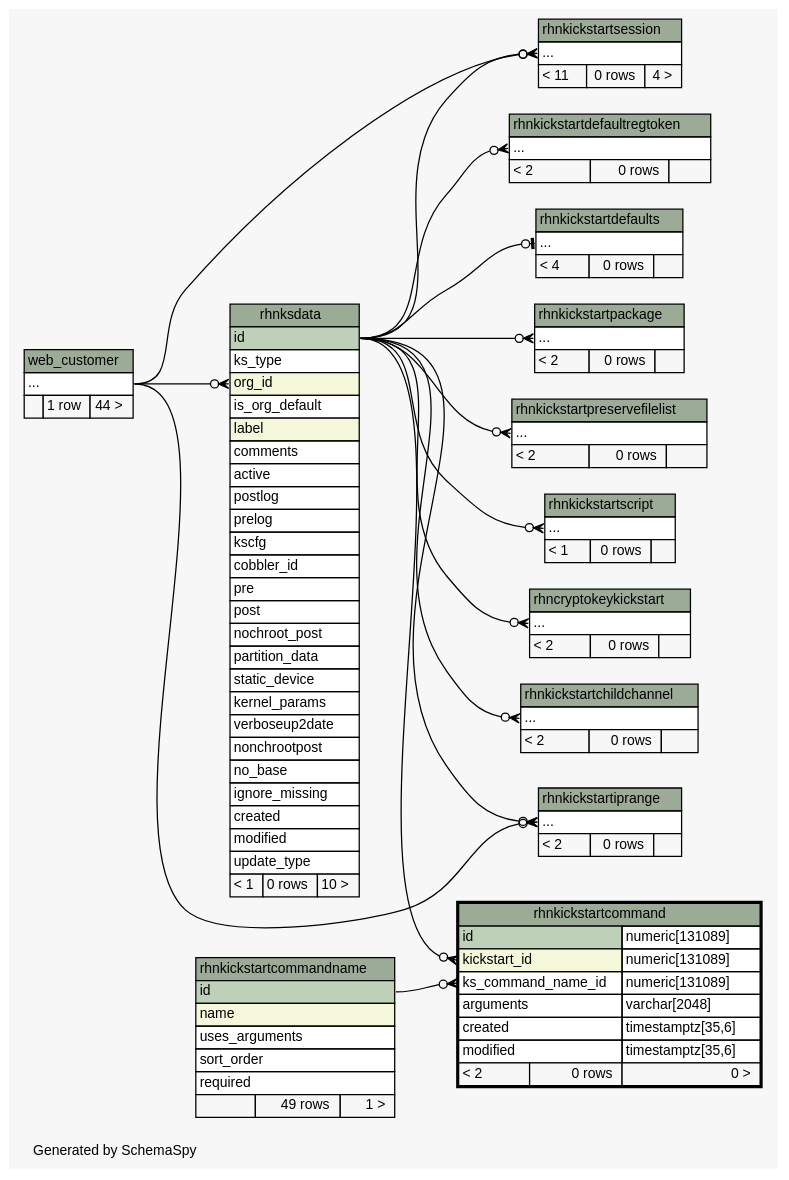
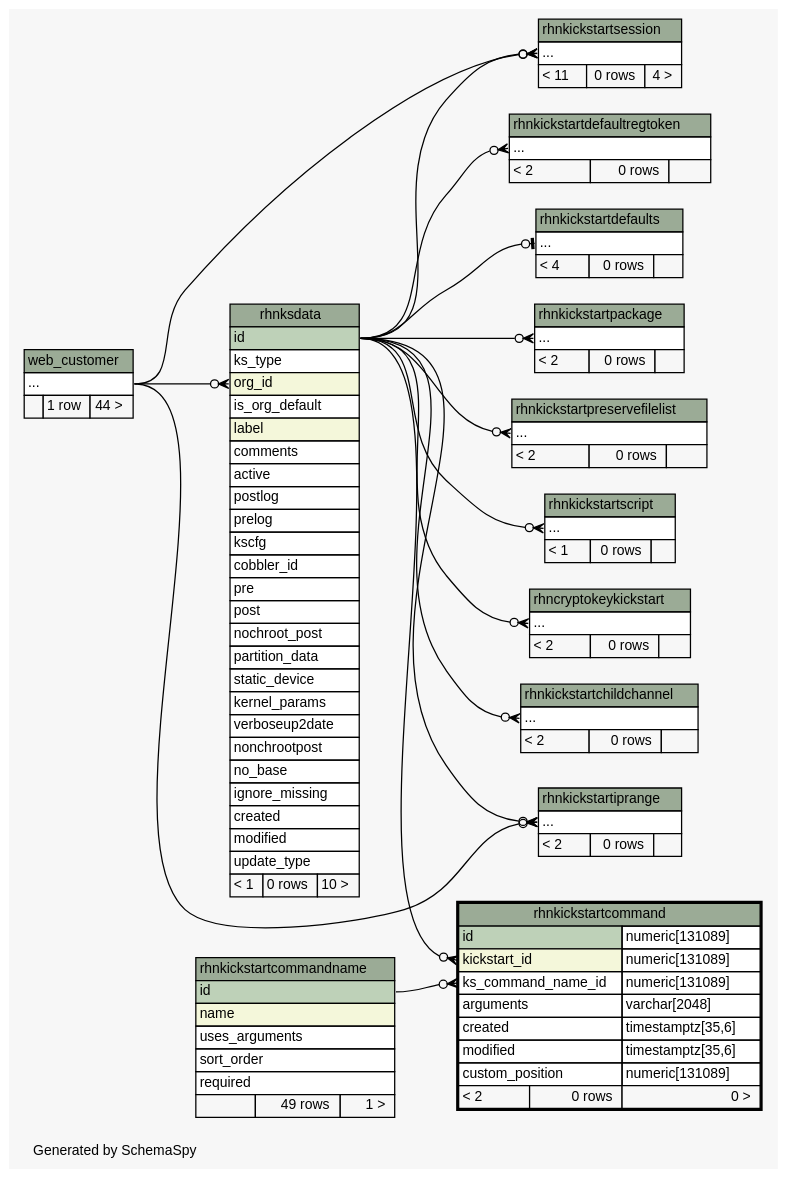
The diagram in documentation/schema-doc/diagrams/rhnkickstartcommand.2degrees.dot (spacewalkproject/spacewalkproject.github.io), drawn with Graphviz before and after one commit. The commit also changed 1495 other files, not shown here.

Commit message:
Updating Schema documentation for 2.7

```diff
--- a/documentation/schema-doc/diagrams/rhnkickstartcommand.2degrees.dot
+++ b/documentation/schema-doc/diagrams/rhnkickstartcommand.2degrees.dot
@@ -1,198 +1,199 @@
-// dot 2.26.0 on Linux 2.6.32-504.el6.x86_64
+// dot 2.26.0 on Linux 2.6.32-696.6.3.el6.x86_64
 // SchemaSpy rev 590
 digraph "twoDegreesRelationshipsDiagram" {
   graph [
     rankdir="RL"
     bgcolor="#f7f7f7"
     label="\nGenerated by SchemaSpy"
     labeljust="l"
     nodesep="0.18"
     ranksep="0.46"
     fontname="Helvetica"
     fontsize="11"
   ];
   node [
     fontname="Helvetica"
     fontsize="11"
     shape="plaintext"
   ];
   edge [
     arrowsize="0.8"
   ];
   "rhncryptokeykickstart":"elipses":w -> "rhnksdata":"id":e [arrowhead=none dir=back arrowtail=crowodot];
   "rhnkickstartchildchannel":"elipses":w -> "rhnksdata":"id":e [arrowhead=none dir=back arrowtail=crowodot];
   "rhnkickstartcommand":"kickstart_id":w -> "rhnksdata":"id":e [arrowhead=none dir=back arrowtail=crowodot];
   "rhnkickstartcommand":"ks_command_name_id":w -> "rhnkickstartcommandname":"id":e [arrowhead=none dir=back arrowtail=crowodot];
   "rhnkickstartdefaultregtoken":"elipses":w -> "rhnksdata":"id":e [arrowhead=none dir=back arrowtail=crowodot];
   "rhnkickstartdefaults":"elipses":w -> "rhnksdata":"id":e [arrowhead=none dir=back arrowtail=teeodot];
   "rhnkickstartiprange":"elipses":w -> "rhnksdata":"id":e [arrowhead=none dir=back arrowtail=crowodot];
   "rhnkickstartiprange":"elipses":w -> "web_customer":"elipses":e [arrowhead=none dir=back arrowtail=crowodot];
   "rhnkickstartpackage":"elipses":w -> "rhnksdata":"id":e [arrowhead=none dir=back arrowtail=crowodot];
   "rhnkickstartpreservefilelist":"elipses":w -> "rhnksdata":"id":e [arrowhead=none dir=back arrowtail=crowodot];
   "rhnkickstartscript":"elipses":w -> "rhnksdata":"id":e [arrowhead=none dir=back arrowtail=crowodot];
   "rhnkickstartsession":"elipses":w -> "rhnksdata":"id":e [arrowhead=none dir=back arrowtail=crowodot];
   "rhnkickstartsession":"elipses":w -> "web_customer":"elipses":e [arrowhead=none dir=back arrowtail=crowodot];
   "rhnksdata":"org_id":w -> "web_customer":"elipses":e [arrowhead=none dir=back arrowtail=crowodot];
   "rhncryptokeykickstart" [
     label=<
     <TABLE BORDER="0" CELLBORDER="1" CELLSPACING="0" BGCOLOR="#ffffff">
       <TR><TD COLSPAN="3" BGCOLOR="#9bab96" ALIGN="CENTER">rhncryptokeykickstart</TD></TR>
       <TR><TD PORT="elipses" COLSPAN="3" ALIGN="LEFT">...</TD></TR>
       <TR><TD ALIGN="LEFT" BGCOLOR="#f7f7f7">&lt; 2</TD><TD ALIGN="RIGHT" BGCOLOR="#f7f7f7">0 rows</TD><TD ALIGN="RIGHT" BGCOLOR="#f7f7f7">  </TD></TR>
     </TABLE>>
     URL="rhncryptokeykickstart.html"
     tooltip="rhncryptokeykickstart"
   ];
   "rhnkickstartchildchannel" [
     label=<
     <TABLE BORDER="0" CELLBORDER="1" CELLSPACING="0" BGCOLOR="#ffffff">
       <TR><TD COLSPAN="3" BGCOLOR="#9bab96" ALIGN="CENTER">rhnkickstartchildchannel</TD></TR>
       <TR><TD PORT="elipses" COLSPAN="3" ALIGN="LEFT">...</TD></TR>
       <TR><TD ALIGN="LEFT" BGCOLOR="#f7f7f7">&lt; 2</TD><TD ALIGN="RIGHT" BGCOLOR="#f7f7f7">0 rows</TD><TD ALIGN="RIGHT" BGCOLOR="#f7f7f7">  </TD></TR>
     </TABLE>>
     URL="rhnkickstartchildchannel.html"
     tooltip="rhnkickstartchildchannel"
   ];
   "rhnkickstartcommand" [
     label=<
     <TABLE BORDER="2" CELLBORDER="1" CELLSPACING="0" BGCOLOR="#ffffff">
       <TR><TD COLSPAN="3" BGCOLOR="#9bab96" ALIGN="CENTER">rhnkickstartcommand</TD></TR>
       <TR><TD PORT="id" COLSPAN="2" BGCOLOR="#bed1b8" ALIGN="LEFT">id</TD><TD PORT="id.type" ALIGN="LEFT">numeric[131089]</TD></TR>
       <TR><TD PORT="kickstart_id" COLSPAN="2" BGCOLOR="#f4f7da" ALIGN="LEFT">kickstart_id</TD><TD PORT="kickstart_id.type" ALIGN="LEFT">numeric[131089]</TD></TR>
       <TR><TD PORT="ks_command_name_id" COLSPAN="2" ALIGN="LEFT">ks_command_name_id</TD><TD PORT="ks_command_name_id.type" ALIGN="LEFT">numeric[131089]</TD></TR>
       <TR><TD PORT="arguments" COLSPAN="2" ALIGN="LEFT">arguments</TD><TD PORT="arguments.type" ALIGN="LEFT">varchar[2048]</TD></TR>
       <TR><TD PORT="created" COLSPAN="2" ALIGN="LEFT">created</TD><TD PORT="created.type" ALIGN="LEFT">timestamptz[35,6]</TD></TR>
       <TR><TD PORT="modified" COLSPAN="2" ALIGN="LEFT">modified</TD><TD PORT="modified.type" ALIGN="LEFT">timestamptz[35,6]</TD></TR>
+      <TR><TD PORT="custom_position" COLSPAN="2" ALIGN="LEFT">custom_position</TD><TD PORT="custom_position.type" ALIGN="LEFT">numeric[131089]</TD></TR>
       <TR><TD ALIGN="LEFT" BGCOLOR="#f7f7f7">&lt; 2</TD><TD ALIGN="RIGHT" BGCOLOR="#f7f7f7">0 rows</TD><TD ALIGN="RIGHT" BGCOLOR="#f7f7f7">0 &gt;</TD></TR>
     </TABLE>>
     URL="rhnkickstartcommand.html"
     tooltip="rhnkickstartcommand"
   ];
   "rhnkickstartcommandname" [
     label=<
     <TABLE BORDER="0" CELLBORDER="1" CELLSPACING="0" BGCOLOR="#ffffff">
       <TR><TD COLSPAN="3" BGCOLOR="#9bab96" ALIGN="CENTER">rhnkickstartcommandname</TD></TR>
       <TR><TD PORT="id" COLSPAN="3" BGCOLOR="#bed1b8" ALIGN="LEFT">id</TD></TR>
       <TR><TD PORT="name" COLSPAN="3" BGCOLOR="#f4f7da" ALIGN="LEFT">name</TD></TR>
       <TR><TD PORT="uses_arguments" COLSPAN="3" ALIGN="LEFT">uses_arguments</TD></TR>
       <TR><TD PORT="sort_order" COLSPAN="3" ALIGN="LEFT">sort_order</TD></TR>
       <TR><TD PORT="required" COLSPAN="3" ALIGN="LEFT">required</TD></TR>
       <TR><TD ALIGN="LEFT" BGCOLOR="#f7f7f7">  </TD><TD ALIGN="RIGHT" BGCOLOR="#f7f7f7">49 rows</TD><TD ALIGN="RIGHT" BGCOLOR="#f7f7f7">1 &gt;</TD></TR>
     </TABLE>>
     URL="rhnkickstartcommandname.html"
     tooltip="rhnkickstartcommandname"
   ];
   "rhnkickstartdefaultregtoken" [
     label=<
     <TABLE BORDER="0" CELLBORDER="1" CELLSPACING="0" BGCOLOR="#ffffff">
       <TR><TD COLSPAN="3" BGCOLOR="#9bab96" ALIGN="CENTER">rhnkickstartdefaultregtoken</TD></TR>
       <TR><TD PORT="elipses" COLSPAN="3" ALIGN="LEFT">...</TD></TR>
       <TR><TD ALIGN="LEFT" BGCOLOR="#f7f7f7">&lt; 2</TD><TD ALIGN="RIGHT" BGCOLOR="#f7f7f7">0 rows</TD><TD ALIGN="RIGHT" BGCOLOR="#f7f7f7">  </TD></TR>
     </TABLE>>
     URL="rhnkickstartdefaultregtoken.html"
     tooltip="rhnkickstartdefaultregtoken"
   ];
   "rhnkickstartdefaults" [
     label=<
     <TABLE BORDER="0" CELLBORDER="1" CELLSPACING="0" BGCOLOR="#ffffff">
       <TR><TD COLSPAN="3" BGCOLOR="#9bab96" ALIGN="CENTER">rhnkickstartdefaults</TD></TR>
       <TR><TD PORT="elipses" COLSPAN="3" ALIGN="LEFT">...</TD></TR>
       <TR><TD ALIGN="LEFT" BGCOLOR="#f7f7f7">&lt; 4</TD><TD ALIGN="RIGHT" BGCOLOR="#f7f7f7">0 rows</TD><TD ALIGN="RIGHT" BGCOLOR="#f7f7f7">  </TD></TR>
     </TABLE>>
     URL="rhnkickstartdefaults.html"
     tooltip="rhnkickstartdefaults"
   ];
   "rhnkickstartiprange" [
     label=<
     <TABLE BORDER="0" CELLBORDER="1" CELLSPACING="0" BGCOLOR="#ffffff">
       <TR><TD COLSPAN="3" BGCOLOR="#9bab96" ALIGN="CENTER">rhnkickstartiprange</TD></TR>
       <TR><TD PORT="elipses" COLSPAN="3" ALIGN="LEFT">...</TD></TR>
       <TR><TD ALIGN="LEFT" BGCOLOR="#f7f7f7">&lt; 2</TD><TD ALIGN="RIGHT" BGCOLOR="#f7f7f7">0 rows</TD><TD ALIGN="RIGHT" BGCOLOR="#f7f7f7">  </TD></TR>
     </TABLE>>
     URL="rhnkickstartiprange.html"
     tooltip="rhnkickstartiprange"
   ];
   "rhnkickstartpackage" [
     label=<
     <TABLE BORDER="0" CELLBORDER="1" CELLSPACING="0" BGCOLOR="#ffffff">
       <TR><TD COLSPAN="3" BGCOLOR="#9bab96" ALIGN="CENTER">rhnkickstartpackage</TD></TR>
       <TR><TD PORT="elipses" COLSPAN="3" ALIGN="LEFT">...</TD></TR>
       <TR><TD ALIGN="LEFT" BGCOLOR="#f7f7f7">&lt; 2</TD><TD ALIGN="RIGHT" BGCOLOR="#f7f7f7">0 rows</TD><TD ALIGN="RIGHT" BGCOLOR="#f7f7f7">  </TD></TR>
     </TABLE>>
     URL="rhnkickstartpackage.html"
     tooltip="rhnkickstartpackage"
   ];
   "rhnkickstartpreservefilelist" [
     label=<
     <TABLE BORDER="0" CELLBORDER="1" CELLSPACING="0" BGCOLOR="#ffffff">
       <TR><TD COLSPAN="3" BGCOLOR="#9bab96" ALIGN="CENTER">rhnkickstartpreservefilelist</TD></TR>
       <TR><TD PORT="elipses" COLSPAN="3" ALIGN="LEFT">...</TD></TR>
       <TR><TD ALIGN="LEFT" BGCOLOR="#f7f7f7">&lt; 2</TD><TD ALIGN="RIGHT" BGCOLOR="#f7f7f7">0 rows</TD><TD ALIGN="RIGHT" BGCOLOR="#f7f7f7">  </TD></TR>
     </TABLE>>
     URL="rhnkickstartpreservefilelist.html"
     tooltip="rhnkickstartpreservefilelist"
   ];
   "rhnkickstartscript" [
     label=<
     <TABLE BORDER="0" CELLBORDER="1" CELLSPACING="0" BGCOLOR="#ffffff">
       <TR><TD COLSPAN="3" BGCOLOR="#9bab96" ALIGN="CENTER">rhnkickstartscript</TD></TR>
       <TR><TD PORT="elipses" COLSPAN="3" ALIGN="LEFT">...</TD></TR>
       <TR><TD ALIGN="LEFT" BGCOLOR="#f7f7f7">&lt; 1</TD><TD ALIGN="RIGHT" BGCOLOR="#f7f7f7">0 rows</TD><TD ALIGN="RIGHT" BGCOLOR="#f7f7f7">  </TD></TR>
     </TABLE>>
     URL="rhnkickstartscript.html"
     tooltip="rhnkickstartscript"
   ];
   "rhnkickstartsession" [
     label=<
     <TABLE BORDER="0" CELLBORDER="1" CELLSPACING="0" BGCOLOR="#ffffff">
       <TR><TD COLSPAN="3" BGCOLOR="#9bab96" ALIGN="CENTER">rhnkickstartsession</TD></TR>
       <TR><TD PORT="elipses" COLSPAN="3" ALIGN="LEFT">...</TD></TR>
       <TR><TD ALIGN="LEFT" BGCOLOR="#f7f7f7">&lt; 11</TD><TD ALIGN="RIGHT" BGCOLOR="#f7f7f7">0 rows</TD><TD ALIGN="RIGHT" BGCOLOR="#f7f7f7">4 &gt;</TD></TR>
     </TABLE>>
     URL="rhnkickstartsession.html"
     tooltip="rhnkickstartsession"
   ];
   "rhnksdata" [
     label=<
     <TABLE BORDER="0" CELLBORDER="1" CELLSPACING="0" BGCOLOR="#ffffff">
       <TR><TD COLSPAN="3" BGCOLOR="#9bab96" ALIGN="CENTER">rhnksdata</TD></TR>
       <TR><TD PORT="id" COLSPAN="3" BGCOLOR="#bed1b8" ALIGN="LEFT">id</TD></TR>
       <TR><TD PORT="ks_type" COLSPAN="3" ALIGN="LEFT">ks_type</TD></TR>
       <TR><TD PORT="org_id" COLSPAN="3" BGCOLOR="#f4f7da" ALIGN="LEFT">org_id</TD></TR>
       <TR><TD PORT="is_org_default" COLSPAN="3" ALIGN="LEFT">is_org_default</TD></TR>
       <TR><TD PORT="label" COLSPAN="3" BGCOLOR="#f4f7da" ALIGN="LEFT">label</TD></TR>
       <TR><TD PORT="comments" COLSPAN="3" ALIGN="LEFT">comments</TD></TR>
       <TR><TD PORT="active" COLSPAN="3" ALIGN="LEFT">active</TD></TR>
       <TR><TD PORT="postlog" COLSPAN="3" ALIGN="LEFT">postlog</TD></TR>
       <TR><TD PORT="prelog" COLSPAN="3" ALIGN="LEFT">prelog</TD></TR>
       <TR><TD PORT="kscfg" COLSPAN="3" ALIGN="LEFT">kscfg</TD></TR>
       <TR><TD PORT="cobbler_id" COLSPAN="3" ALIGN="LEFT">cobbler_id</TD></TR>
       <TR><TD PORT="pre" COLSPAN="3" ALIGN="LEFT">pre</TD></TR>
       <TR><TD PORT="post" COLSPAN="3" ALIGN="LEFT">post</TD></TR>
       <TR><TD PORT="nochroot_post" COLSPAN="3" ALIGN="LEFT">nochroot_post</TD></TR>
       <TR><TD PORT="partition_data" COLSPAN="3" ALIGN="LEFT">partition_data</TD></TR>
       <TR><TD PORT="static_device" COLSPAN="3" ALIGN="LEFT">static_device</TD></TR>
       <TR><TD PORT="kernel_params" COLSPAN="3" ALIGN="LEFT">kernel_params</TD></TR>
       <TR><TD PORT="verboseup2date" COLSPAN="3" ALIGN="LEFT">verboseup2date</TD></TR>
       <TR><TD PORT="nonchrootpost" COLSPAN="3" ALIGN="LEFT">nonchrootpost</TD></TR>
       <TR><TD PORT="no_base" COLSPAN="3" ALIGN="LEFT">no_base</TD></TR>
       <TR><TD PORT="ignore_missing" COLSPAN="3" ALIGN="LEFT">ignore_missing</TD></TR>
       <TR><TD PORT="created" COLSPAN="3" ALIGN="LEFT">created</TD></TR>
       <TR><TD PORT="modified" COLSPAN="3" ALIGN="LEFT">modified</TD></TR>
       <TR><TD PORT="update_type" COLSPAN="3" ALIGN="LEFT">update_type</TD></TR>
       <TR><TD ALIGN="LEFT" BGCOLOR="#f7f7f7">&lt; 1</TD><TD ALIGN="RIGHT" BGCOLOR="#f7f7f7">0 rows</TD><TD ALIGN="RIGHT" BGCOLOR="#f7f7f7">10 &gt;</TD></TR>
     </TABLE>>
     URL="rhnksdata.html"
     tooltip="rhnksdata"
   ];
   "web_customer" [
     label=<
     <TABLE BORDER="0" CELLBORDER="1" CELLSPACING="0" BGCOLOR="#ffffff">
       <TR><TD COLSPAN="3" BGCOLOR="#9bab96" ALIGN="CENTER">web_customer</TD></TR>
       <TR><TD PORT="elipses" COLSPAN="3" ALIGN="LEFT">...</TD></TR>
       <TR><TD ALIGN="LEFT" BGCOLOR="#f7f7f7">  </TD><TD ALIGN="RIGHT" BGCOLOR="#f7f7f7">1 row</TD><TD ALIGN="RIGHT" BGCOLOR="#f7f7f7">44 &gt;</TD></TR>
     </TABLE>>
     URL="web_customer.html"
     tooltip="web_customer"
   ];
 }
```
